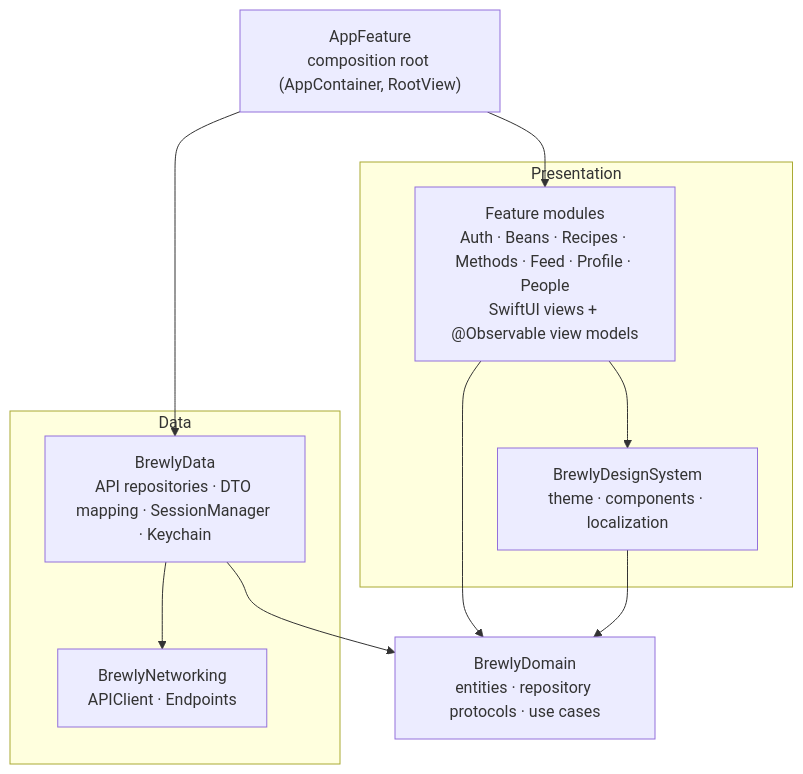
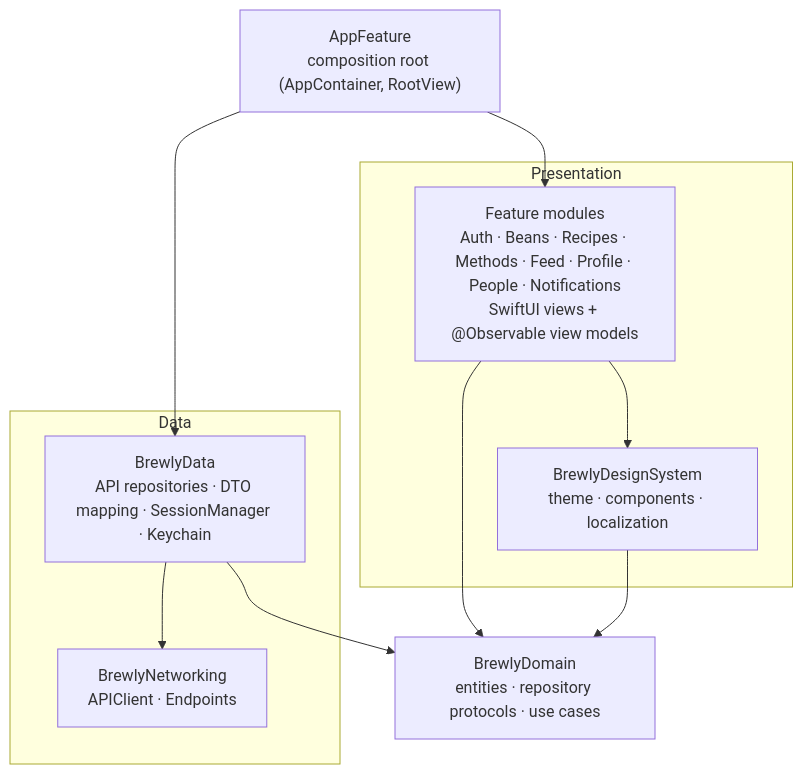
The second of 4 diagrams in docs/architecture.md (CamiloA-17/brewly), drawn with Mermaid before and after one commit. The commit also changed other lines of this file and 32 other files, not shown here.

````diff
--- a/docs/architecture.md
+++ b/docs/architecture.md
@@ -56,21 +56,21 @@
 ```mermaid
 flowchart TD
     subgraph Presentation
-        Features["Feature modules<br/>Auth · Beans · Recipes · Methods · Feed · Profile · People<br/>SwiftUI views + @Observable view models"]
+        Features["Feature modules<br/>Auth · Beans · Recipes · Methods · Feed · Profile · People · Notifications<br/>SwiftUI views + @Observable view models"]
         DS["BrewlyDesignSystem<br/>theme · components · localization"]
     end
     Domain["BrewlyDomain<br/>entities · repository protocols · use cases"]
     subgraph Data
         DataLayer["BrewlyData<br/>API repositories · DTO mapping · SessionManager · Keychain"]
         Net["BrewlyNetworking<br/>APIClient · Endpoints"]
     end
     AppFeature["AppFeature<br/>composition root (AppContainer, RootView)"]
 
     Features --> Domain
     Features --> DS
     DS --> Domain
     DataLayer --> Domain
     DataLayer --> Net
     AppFeature --> Features
     AppFeature --> DataLayer
 ```
````
